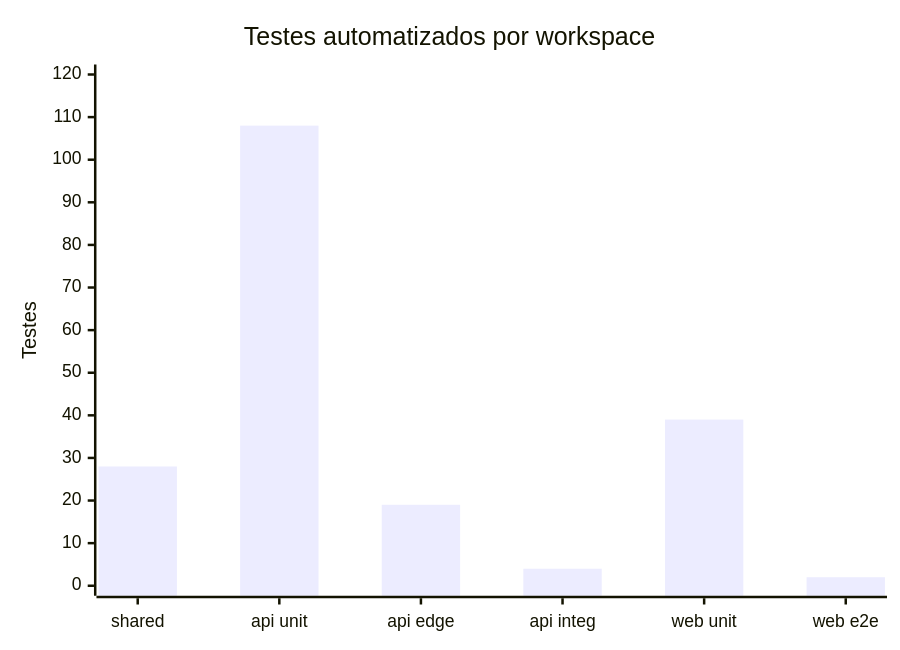
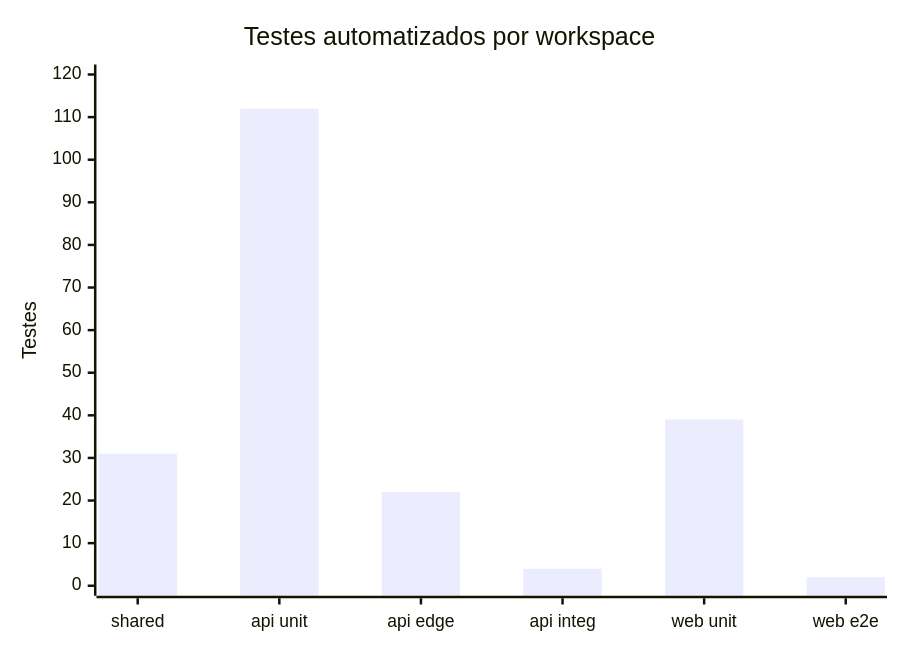
One commit to Digooow/pokedex-frontend changed the ninth of 12 diagrams in README.md. Above: the diagram before and after it, drawn with Mermaid. The commit also changed other lines of this file and 23 other files, not shown here.

First line of the commit message:
feat: expand PokéAPI endpoints and schemas for enhanced encyclopedia functionality

````diff
--- a/README.md
+++ b/README.md
@@ -534,7 +537,7 @@
 ```mermaid
 xychart-beta
   title "Testes automatizados por workspace"
   x-axis ["shared", "api unit", "api edge", "api integ", "web unit", "web e2e"]
   y-axis "Testes" 0 --> 120
-  bar [28, 108, 19, 4, 39, 2]
+  bar [31, 112, 22, 4, 39, 2]
 ```
````
